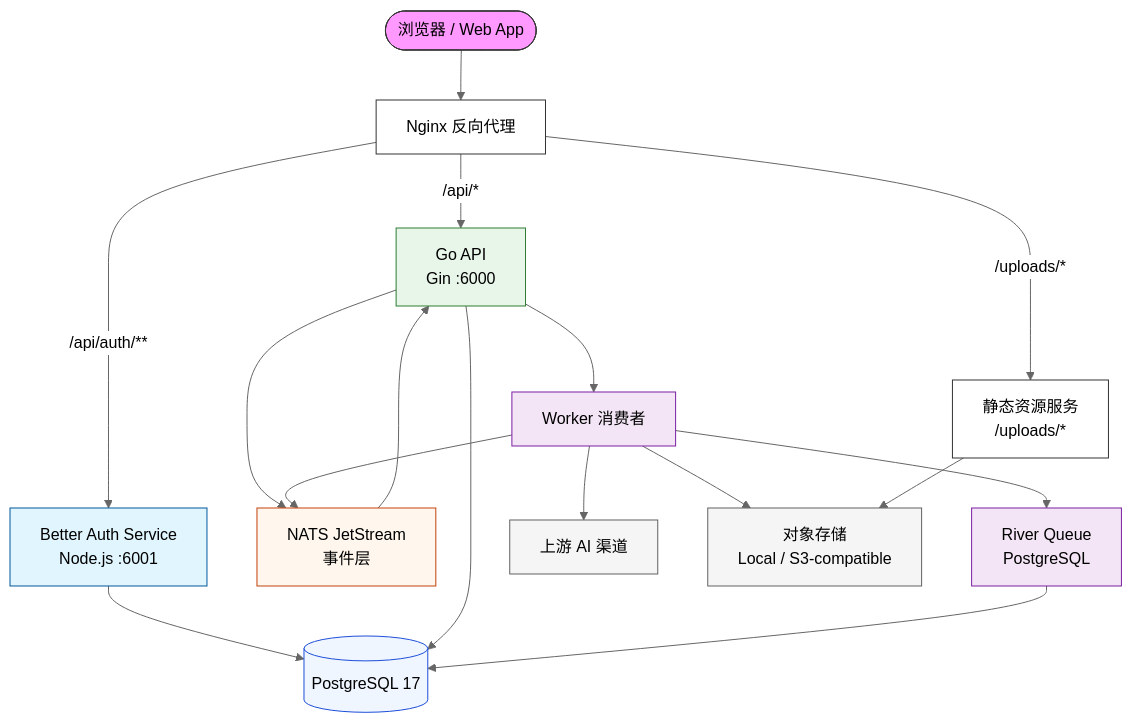
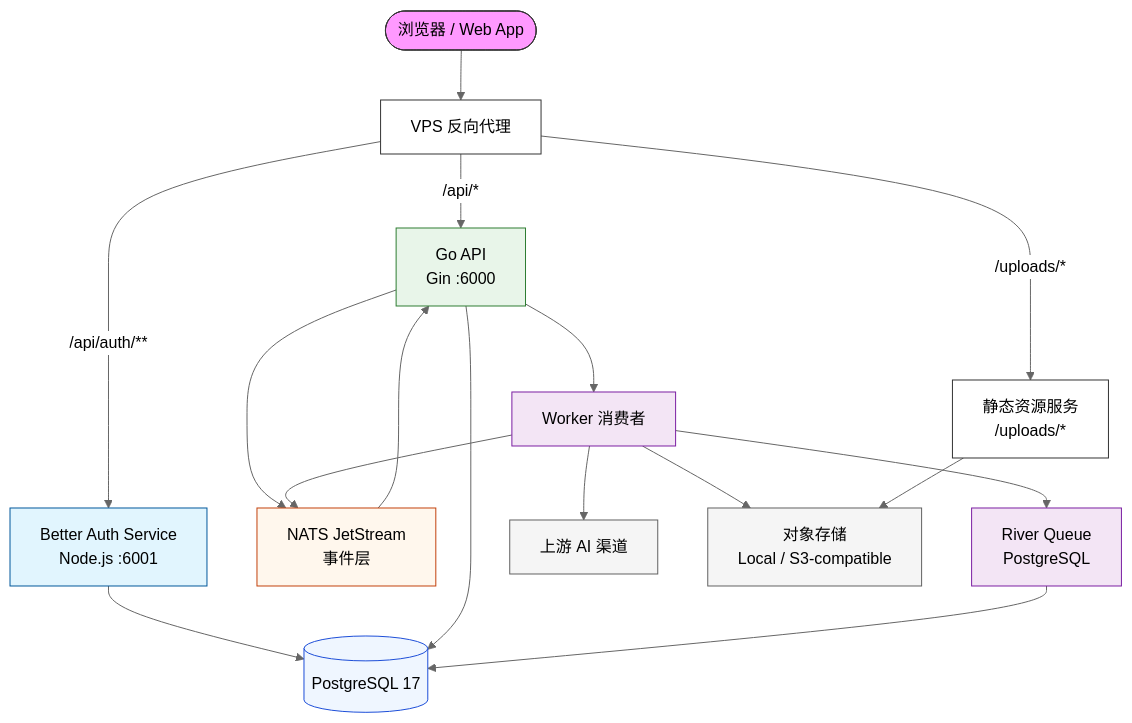
One commit to Ericsunsk/IdeaBoard changed the diagram in README.md. Above: the diagram before and after it, drawn with Mermaid (neutral theme). The commit also changed other lines of this file and 8 other files, not shown here.

````diff
--- a/README.md
+++ b/README.md
@@ -79,26 +79,26 @@
 ```mermaid
 flowchart TB
-    Browser(["浏览器 / Web App"]) --> Nginx["Nginx 反向代理"]
-    Nginx -- /api/auth/** --> Auth["Better Auth Service<br>Node.js :6001"]
-    Nginx -- /api/* --> GoAPI["Go API<br>Gin :6000"]
-    Nginx -- /uploads/* --> Static["静态资源服务<br>/uploads/*"]
+    Browser(["浏览器 / Web App"]) --> Proxy["VPS 反向代理"]
+    Proxy -- /api/auth/** --> Auth["Better Auth Service<br>Node.js :6001"]
+    Proxy -- /api/* --> GoAPI["Go API<br>Gin :6000"]
+    Proxy -- /uploads/* --> Static["静态资源服务<br>/uploads/*"]
     Auth --> Postgres[("PostgreSQL 17")]
     GoAPI --> Postgres & Worker["Worker 消费者"] & NATS["NATS JetStream<br>事件层"]
     Worker --> Queue["River Queue<br>PostgreSQL"] & AI["上游 AI 渠道"] & Storage["对象存储<br>Local / S3-compatible"]
     Worker --> NATS
     NATS --> GoAPI
     Queue --> Postgres
     Static --> Storage
 
     style Browser fill:#f9f,stroke:#333,stroke-width:1px
-    style Nginx fill:#fff,stroke:#333,stroke-width:1px
+    style Proxy fill:#fff,stroke:#333,stroke-width:1px
     style Auth fill:#e1f5fe,stroke:#01579b,stroke-width:1px
     style GoAPI fill:#e8f5e9,stroke:#2e7d32,stroke-width:1px
     style Static fill:#fff,stroke:#333,stroke-width:1px
     style Postgres fill:#eff6ff,stroke:#1d4ed8,stroke-width:1px
     style Worker fill:#f3e5f5,stroke:#7b1fa2,stroke-width:1px
     style Queue fill:#f3e5f5,stroke:#7b1fa2,stroke-width:1px
     style NATS fill:#fff7ed,stroke:#c2410c,stroke-width:1px
     style AI fill:#f5f5f5,stroke:#616161,stroke-width:1px
     style Storage fill:#f5f5f5,stroke:#616161,stroke-width:1px
 ```
````
